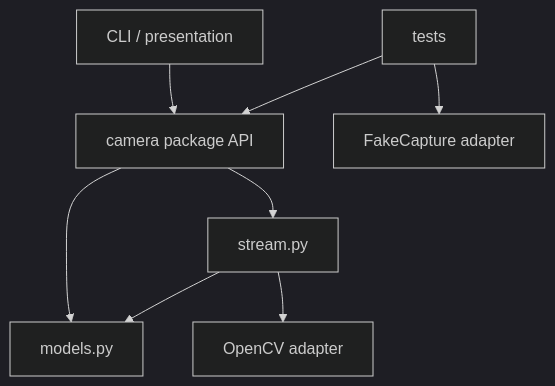
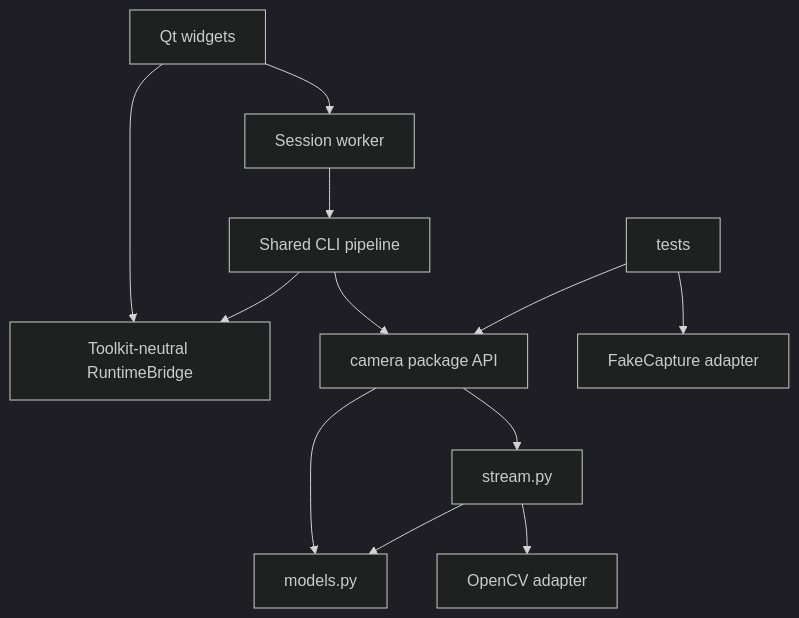
One commit to Zanark/KardboardCode-VTuber changed the third of 3 diagrams in docs/02-architecture/system-architecture.md. Above: the diagram before and after it, drawn with Mermaid (dark theme). The commit also changed other lines of this file and 36 other files, not shown here.

````diff
--- a/docs/02-architecture/system-architecture.md
+++ b/docs/02-architecture/system-architecture.md
@@ -98,10 +125,14 @@
 ```mermaid
 flowchart TD
-    CLI["CLI / presentation"] --> CameraAPI["camera package API"]
+    GUI["Qt widgets"] --> Bridge["Toolkit-neutral RuntimeBridge"]
+    GUI --> Session["Session worker"]
+    Session --> CLI["Shared CLI pipeline"]
+    CLI --> Bridge
+    CLI --> CameraAPI["camera package API"]
     CameraAPI --> Models["models.py"]
     CameraAPI --> Stream["stream.py"]
     Stream --> Models
     Stream --> OpenCV["OpenCV adapter"]
     Tests["tests"] --> CameraAPI
     Tests --> Fake["FakeCapture adapter"]
 ```
````
